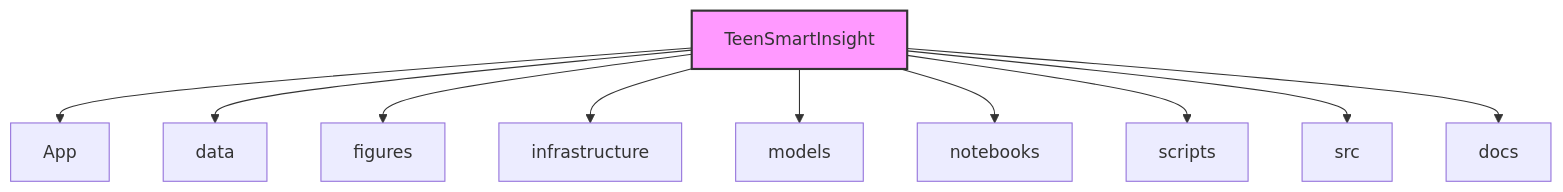
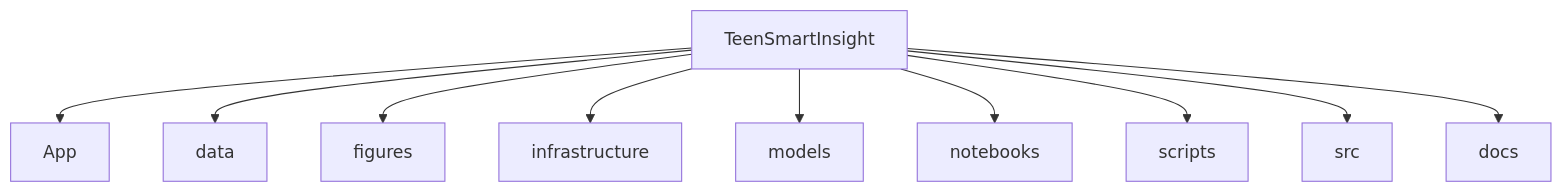
Before and after one commit to Dylalva/TeenSmartInsight: the first of 7 diagrams in docs/PROJECT_STRUCTURE.md, drawn with Mermaid. The commit also changed other lines of this file and 5 other files, not shown here.

````diff
--- a/docs/PROJECT_STRUCTURE.md
+++ b/docs/PROJECT_STRUCTURE.md
@@ -9,14 +9,12 @@
 ```mermaid
 graph TD
     A[TeenSmartInsight] --> B[App]
     A --> C[data]
     A --> D[figures]
     A --> E[infrastructure]
     A --> F[models]
     A --> G[notebooks]
     A --> H[scripts]
     A --> I[src]
     A --> J[docs]
-    
-    style A fill:#f9f,stroke:#333,stroke-width:2px
 ```
````
